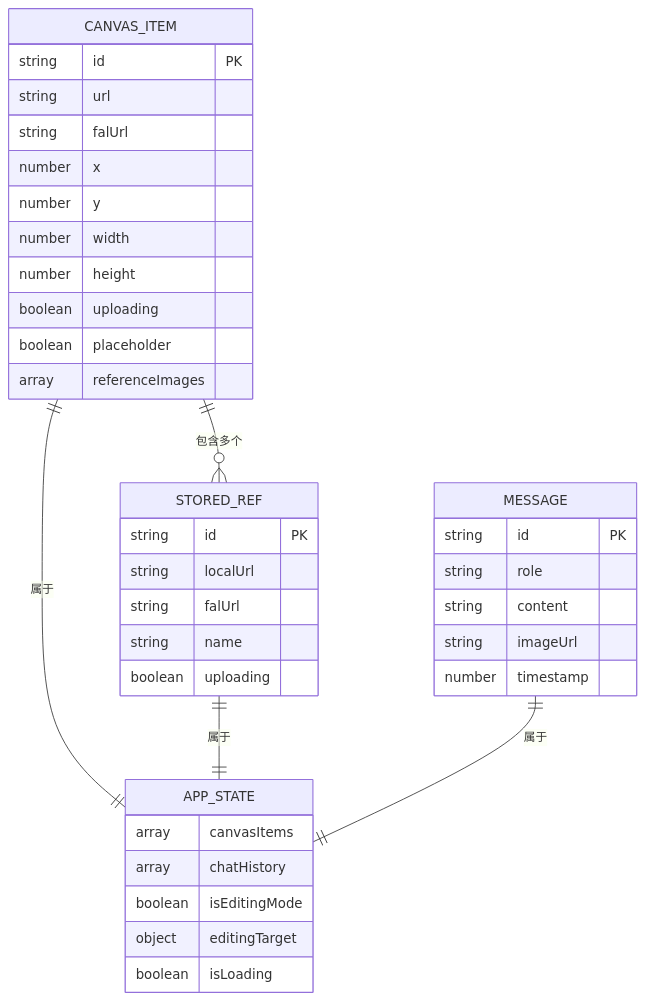
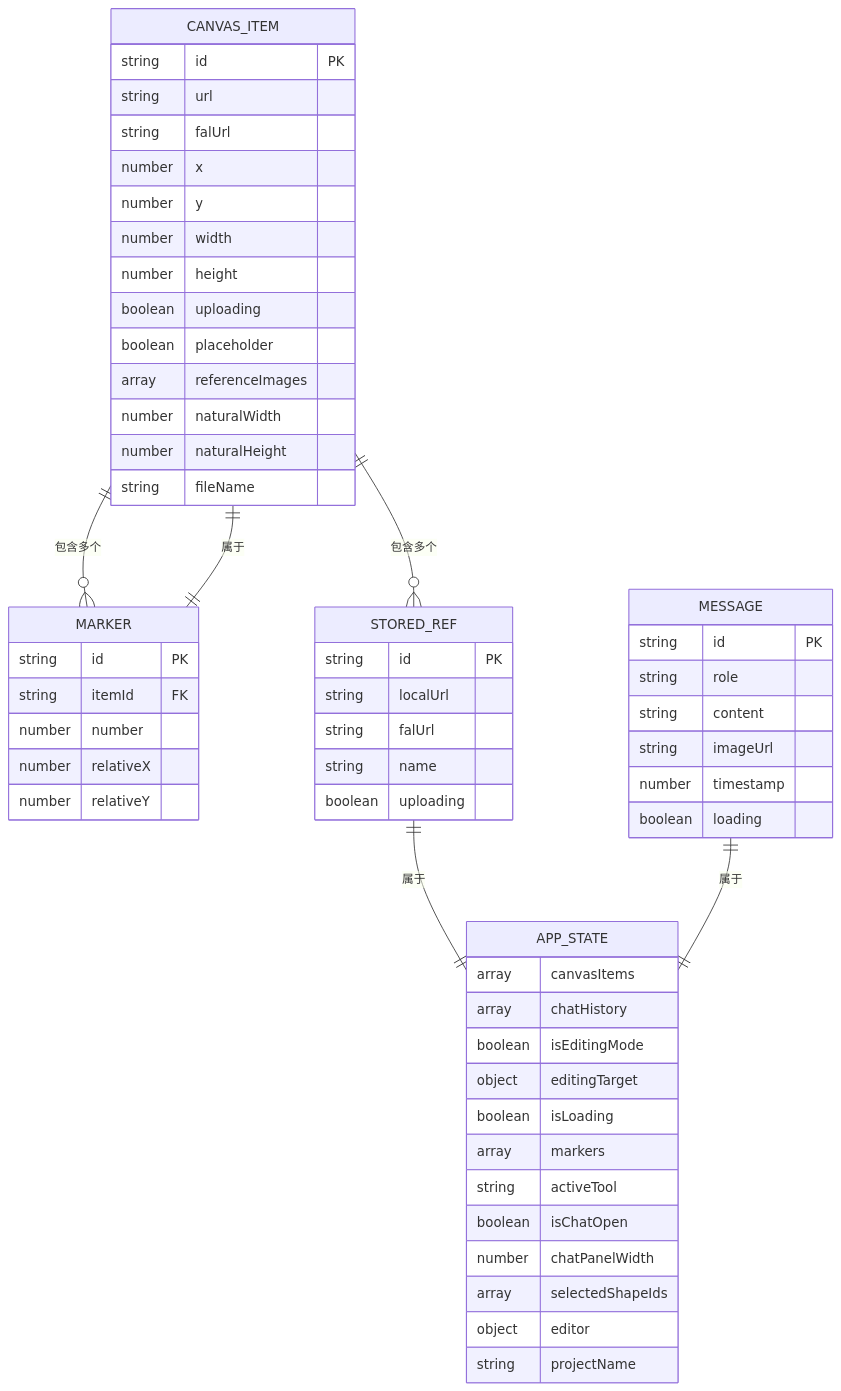
The third of 19 diagrams in .qoder/repowiki/zh/content/状态管理系统.md (billye220670/BananaFlow2), drawn with Mermaid before and after one commit. The commit also changed other lines of this file and 10 other files, not shown here.

````diff
--- a/.qoder/repowiki/zh/content/状态管理系统.md
+++ b/.qoder/repowiki/zh/content/状态管理系统.md
@@ -140,40 +173,59 @@
 ```mermaid
 erDiagram
 CANVAS_ITEM {
 string id PK
 string url
 string falUrl
 number x
 number y
 number width
 number height
 boolean uploading
 boolean placeholder
 array referenceImages
+number naturalWidth
+number naturalHeight
+string fileName
+}
+MARKER {
+string id PK
+string itemId FK
+number number
+number relativeX
+number relativeY
 }
 STORED_REF {
 string id PK
 string localUrl
 string falUrl
 string name
 boolean uploading
 }
 MESSAGE {
 string id PK
 string role
 string content
 string imageUrl
 number timestamp
+boolean loading
 }
 APP_STATE {
 array canvasItems
 array chatHistory
 boolean isEditingMode
 object editingTarget
 boolean isLoading
+array markers
+string activeTool
+boolean isChatOpen
+number chatPanelWidth
+array selectedShapeIds
+object editor
+string projectName
 }
 CANVAS_ITEM ||--o{ STORED_REF : "包含多个"
-CANVAS_ITEM ||--|| APP_STATE : "属于"
+CANVAS_ITEM ||--o{ MARKER : "包含多个"
+MARKER ||--|| CANVAS_ITEM : "属于"
 STORED_REF ||--|| APP_STATE : "属于"
 MESSAGE ||--|| APP_STATE : "属于"
 ```
````
